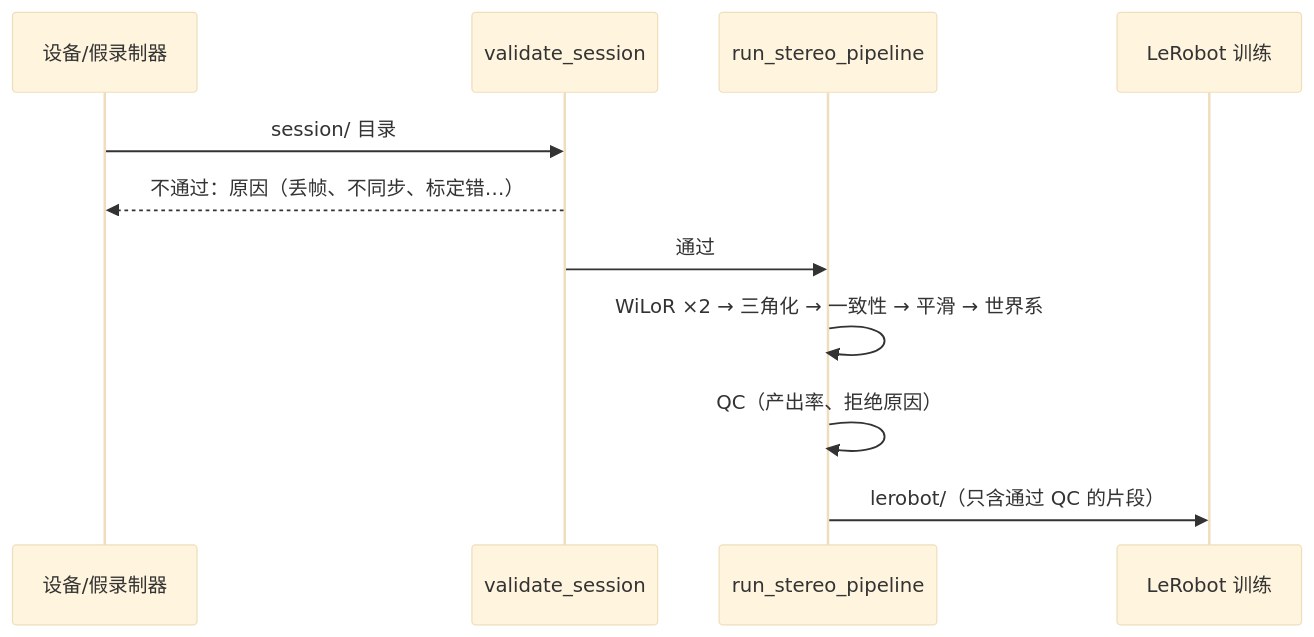
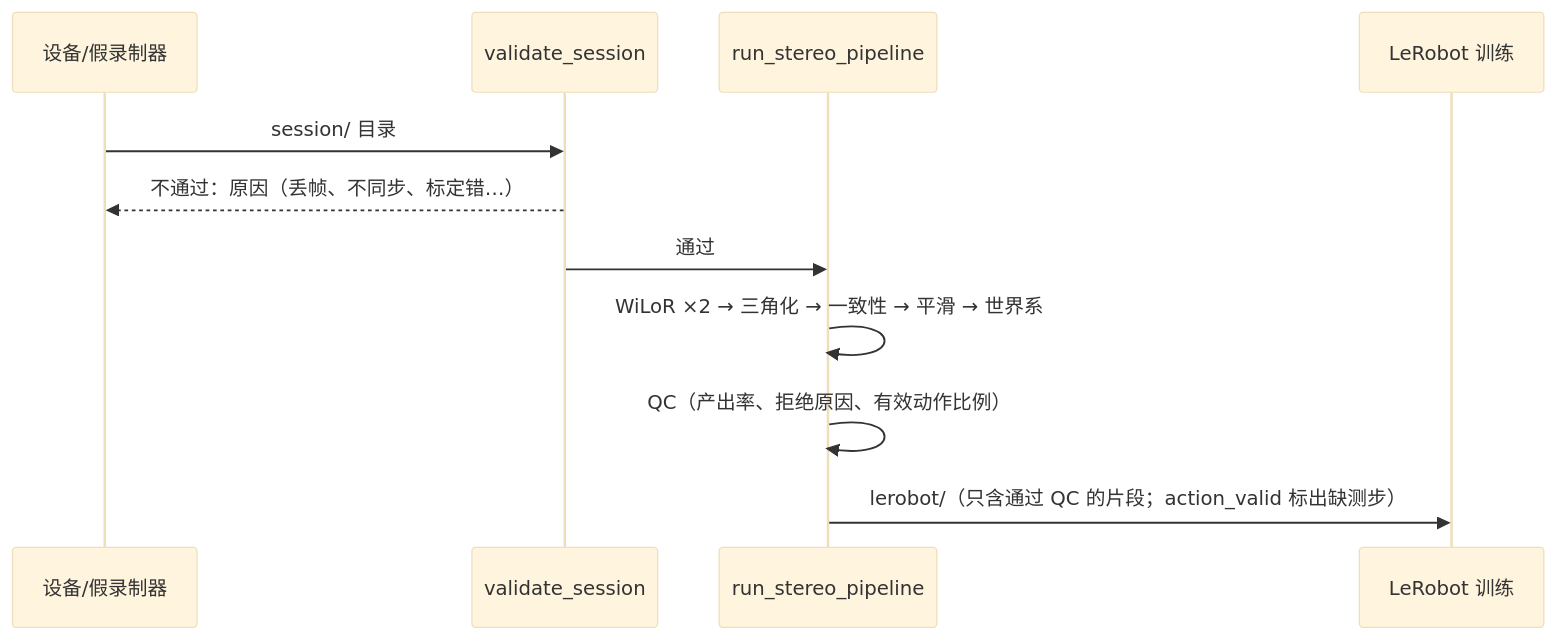
The second of 2 diagrams in docs/PIPELINE_ARCHITECTURE.md (skyxiaobai/robot), drawn with Mermaid (base theme) before and after one commit. The commit also changed other lines of this file and 14 other files, not shown here.

````diff
--- a/docs/PIPELINE_ARCHITECTURE.md
+++ b/docs/PIPELINE_ARCHITECTURE.md
@@ -63,13 +65,13 @@
 ```mermaid
 sequenceDiagram
     participant 设备 as 设备/假录制器
     participant 校验 as validate_session
     participant 管线 as run_stereo_pipeline
     participant 训练 as LeRobot 训练
     设备->>校验: session/ 目录
     校验-->>设备: 不通过：原因（丢帧、不同步、标定错…）
     校验->>管线: 通过
     管线->>管线: WiLoR ×2 → 三角化 → 一致性 → 平滑 → 世界系
-    管线->>管线: QC（产出率、拒绝原因）
-    管线->>训练: lerobot/（只含通过 QC 的片段）
+    管线->>管线: QC（产出率、拒绝原因、有效动作比例）
+    管线->>训练: lerobot/（只含通过 QC 的片段；action_valid 标出缺测步）
 ```
````
